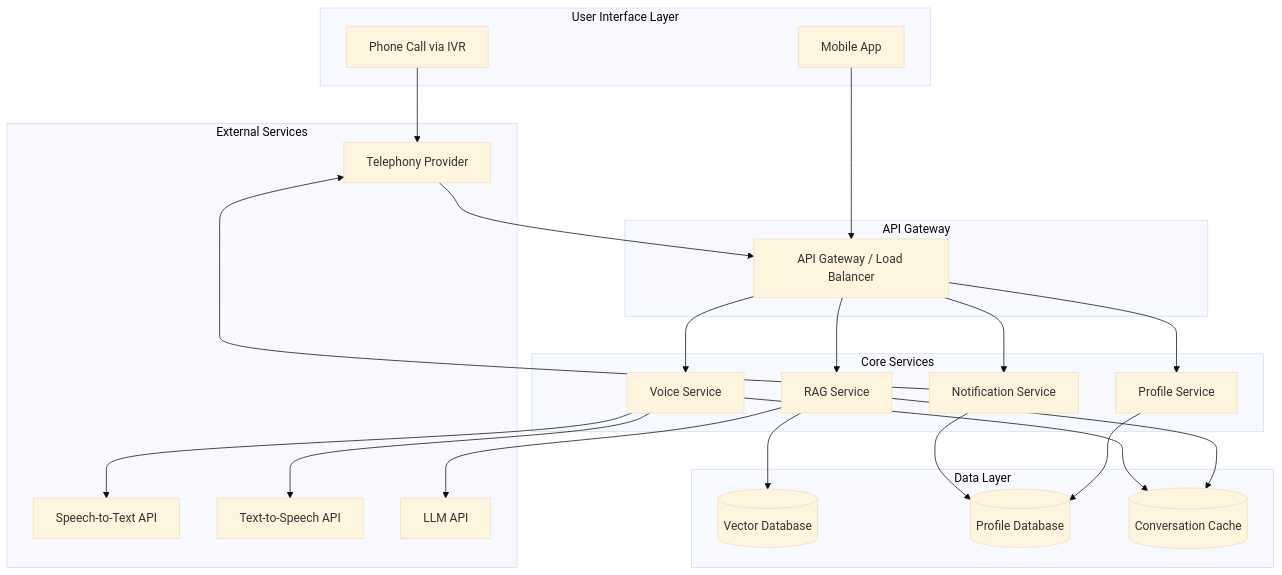
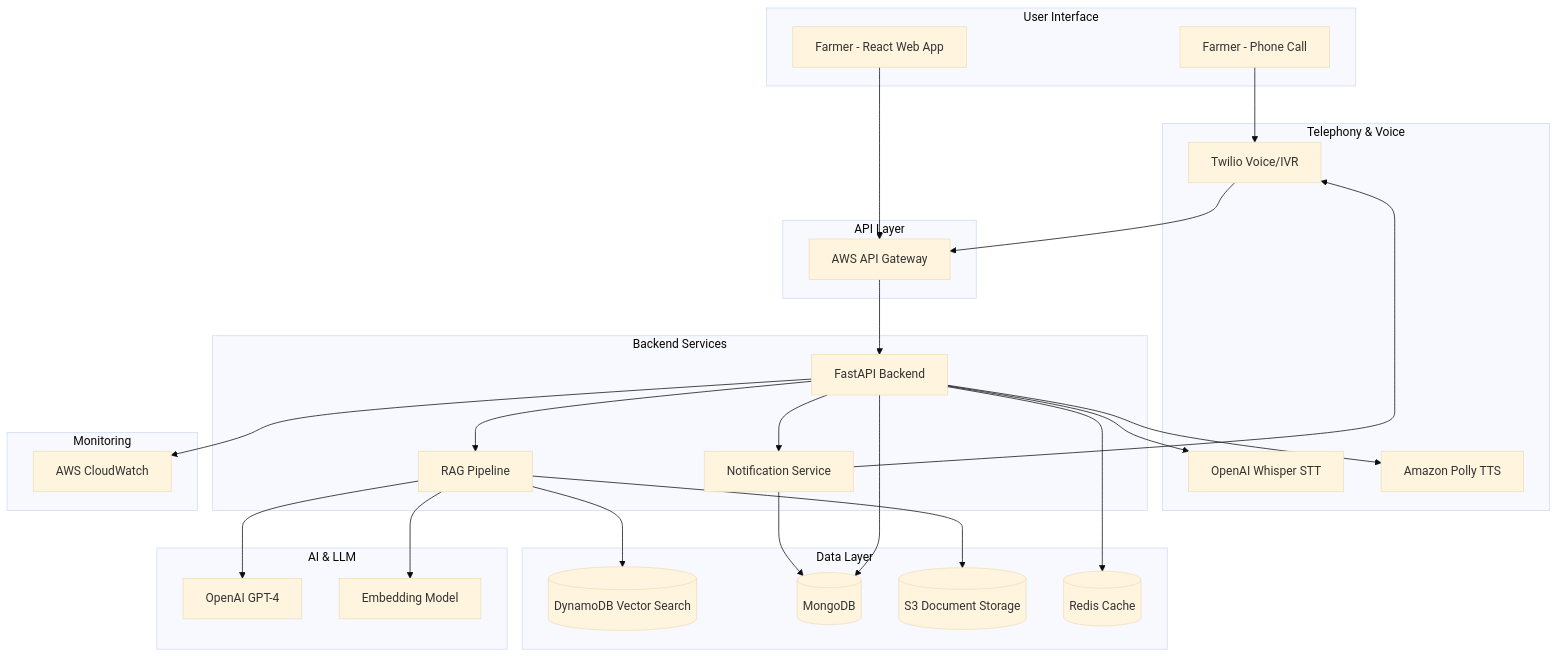
Before and after one commit to AkanshuAich/KisanVaani: the diagram in .kiro/specs/agricultural-voice-assistant/design.md, drawn with Mermaid (base theme). The commit also changed other lines of this file, not shown here.

````diff
--- a/.kiro/specs/agricultural-voice-assistant/design.md
+++ b/.kiro/specs/agricultural-voice-assistant/design.md
@@ -15,53 +23,61 @@
 ```mermaid
 graph TB
-    subgraph "User Interface Layer"
-        Phone[Phone Call via IVR]
-        MobileApp[Mobile App]
+    subgraph "User Interface"
+        Phone[Farmer - Phone Call]
+        MobileApp[Farmer - React Web App]
     end
     
-    subgraph "API Gateway"
-        Gateway[API Gateway / Load Balancer]
+    subgraph "Telephony & Voice"
+        Twilio[Twilio Voice/IVR]
+        Whisper[OpenAI Whisper STT]
+        Polly[Amazon Polly TTS]
     end
     
-    subgraph "Core Services"
-        VoiceService[Voice Service]
-        RAGService[RAG Service]
-        NotificationService[Notification Service]
-        ProfileService[Profile Service]
+    subgraph "API Layer"
+        APIGateway[AWS API Gateway]
+    end
+    
+    subgraph "Backend Services"
+        Backend[FastAPI Backend]
+        RAG[RAG Pipeline]
+        Notification[Notification Service]
+    end
+    
+    subgraph "AI & LLM"
+        OpenAI[OpenAI GPT-4]
+        Embeddings[Embedding Model]
     end
     
     subgraph "Data Layer"
-        VectorDB[(Vector Database)]
-        ProfileDB[(Profile Database)]
-        ConversationCache[(Conversation Cache)]
+        DynamoDB[(DynamoDB Vector Search)]
+        MongoDB[(MongoDB)]
+        S3[(S3 Document Storage)]
+        Redis[(Redis Cache)]
     end
     
-    subgraph "External Services"
-        STT[Speech-to-Text API]
-        TTS[Text-to-Speech API]
-        Telephony[Telephony Provider]
-        LLM[LLM API]
+    subgraph "Monitoring"
+        CloudWatch[AWS CloudWatch]
     end
     
-    Phone --> Telephony
-    Telephony --> Gateway
-    MobileApp --> Gateway
+    Phone --> Twilio
+    MobileApp --> APIGateway
+    Twilio --> APIGateway
     
-    Gateway --> VoiceService
-    Gateway --> RAGService
-    Gateway --> NotificationService
-    Gateway --> ProfileService
+    APIGateway --> Backend
     
-    VoiceService --> STT
-    VoiceService --> TTS
-    VoiceService --> ConversationCache
+    Backend --> Whisper
+    Backend --> Polly
+    Backend --> RAG
+    Backend --> Notification
+    Backend --> MongoDB
+    Backend --> Redis
+    Backend --> CloudWatch
     
-    RAGService --> VectorDB
-    RAGService --> LLM
-    RAGService --> ConversationCache
+    RAG --> Embeddings
+    RAG --> DynamoDB
+    RAG --> OpenAI
+    RAG --> S3
     
-    NotificationService --> Telephony
-    NotificationService --> ProfileDB
-    
-    ProfileService --> ProfileDB
+    Notification --> Twilio
+    Notification --> MongoDB
 ```
````
